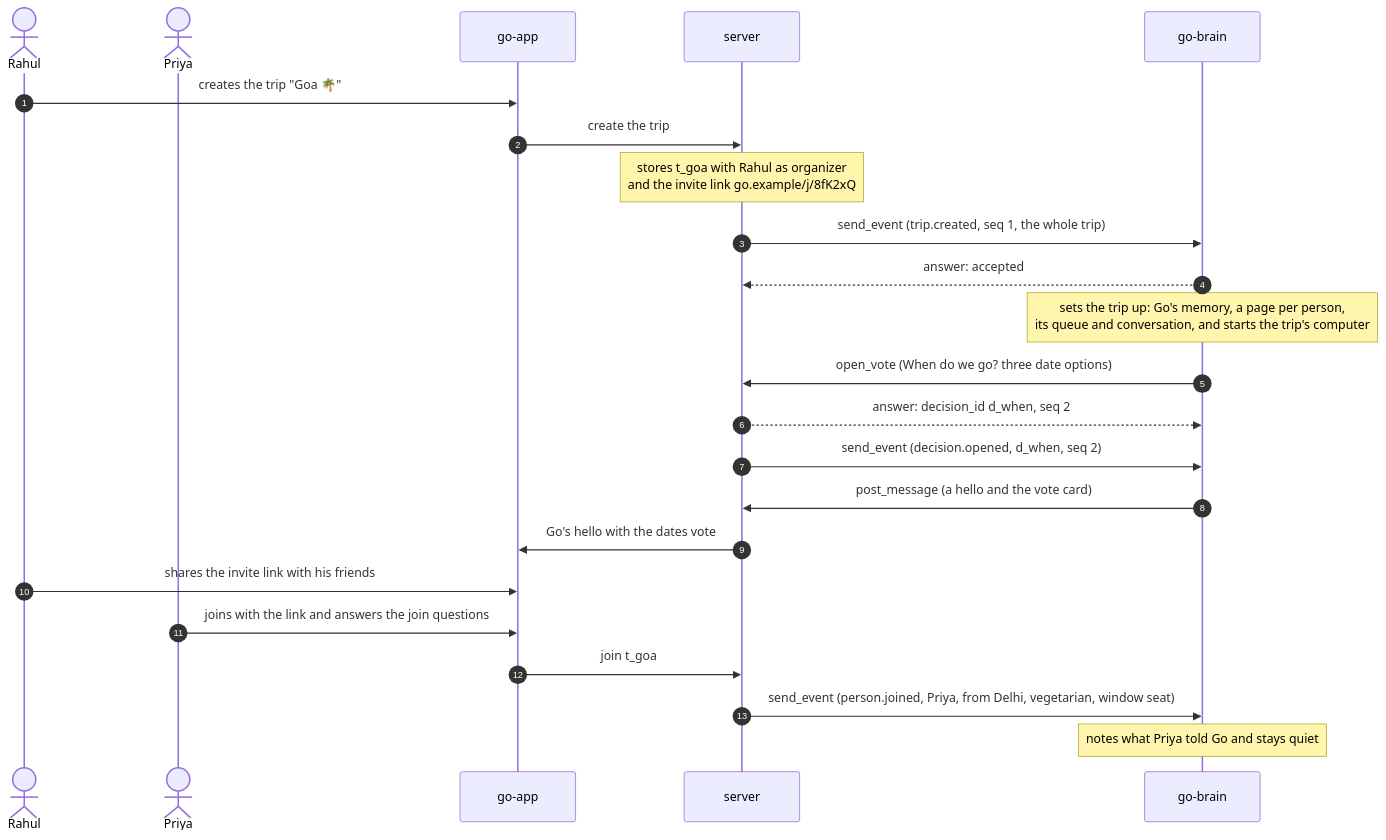
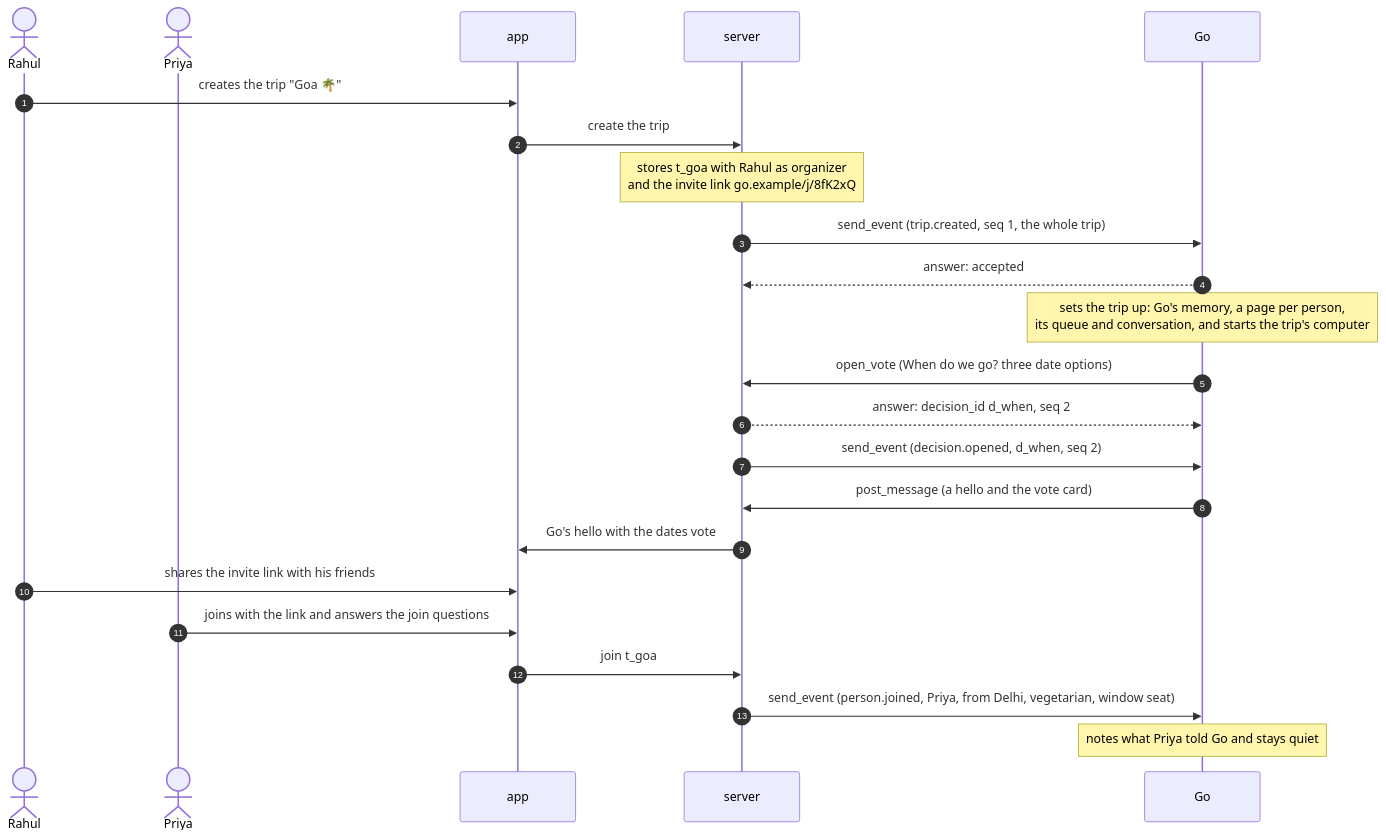
Before and after one commit to vestra-ai/go-brain: the second of 8 diagrams in docs/guide/09-flows.md, drawn with Mermaid. The commit also changed other lines of this file and 37 other files, not shown here.

First line of the commit message:
docs: the three parts are the app, the server and Go; inside Go

````diff
--- a/docs/guide/09-flows.md
+++ b/docs/guide/09-flows.md
@@ -50,25 +50,25 @@
 ```mermaid
 sequenceDiagram
   autonumber
   actor Rahul
   actor Priya
-  participant app as go-app
+  participant app as app
   participant server as server
-  participant brain as go-brain
+  participant go as Go
   Rahul->>app: creates the trip "Goa 🌴"
   app->>server: create the trip
   Note over server: stores t_goa with Rahul as organizer<br/>and the invite link go.example/j/8fK2xQ
-  server->>brain: send_event (trip.created, seq 1, the whole trip)
-  brain-->>server: answer: accepted
-  Note over brain: sets the trip up: Go's memory, a page per person,<br/>its queue and conversation, and starts the trip's computer
-  brain->>server: open_vote (When do we go? three date options)
-  server-->>brain: answer: decision_id d_when, seq 2
-  server->>brain: send_event (decision.opened, d_when, seq 2)
-  brain->>server: post_message (a hello and the vote card)
+  server->>go: send_event (trip.created, seq 1, the whole trip)
+  go-->>server: answer: accepted
+  Note over go: sets the trip up: Go's memory, a page per person,<br/>its queue and conversation, and starts the trip's computer
+  go->>server: open_vote (When do we go? three date options)
+  server-->>go: answer: decision_id d_when, seq 2
+  server->>go: send_event (decision.opened, d_when, seq 2)
+  go->>server: post_message (a hello and the vote card)
   server->>app: Go's hello with the dates vote
   Rahul->>app: shares the invite link with his friends
   Priya->>app: joins with the link and answers the join questions
   app->>server: join t_goa
-  server->>brain: send_event (person.joined, Priya, from Delhi, vegetarian, window seat)
-  Note over brain: notes what Priya told Go and stays quiet
+  server->>go: send_event (person.joined, Priya, from Delhi, vegetarian, window seat)
+  Note over go: notes what Priya told Go and stays quiet
 ```
````
